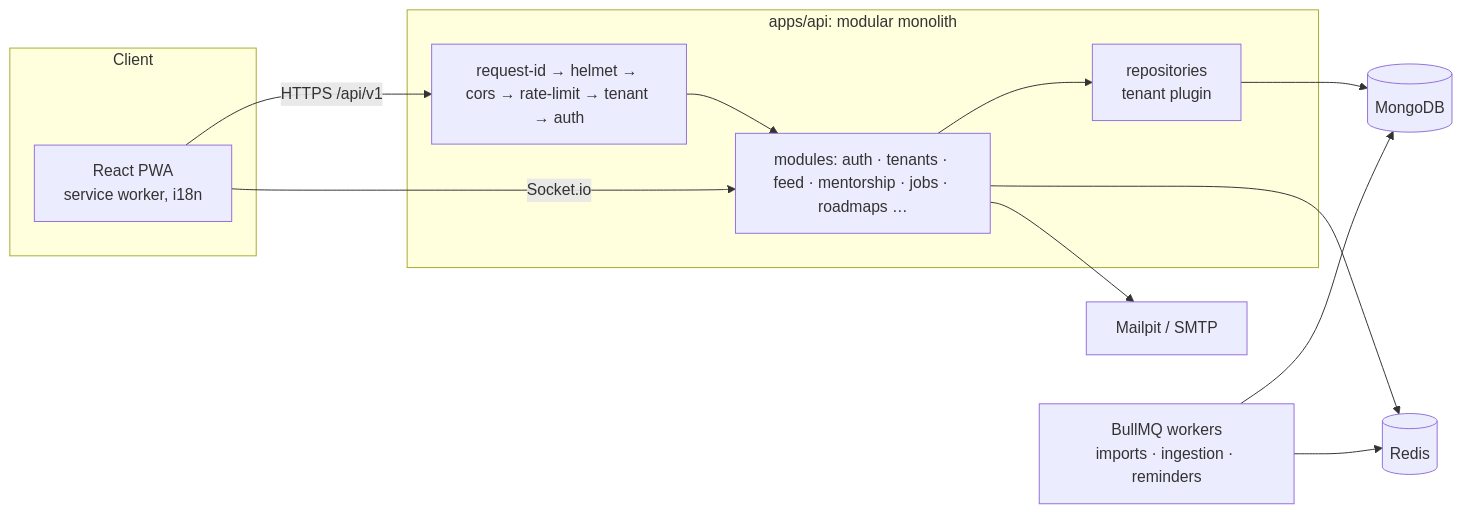
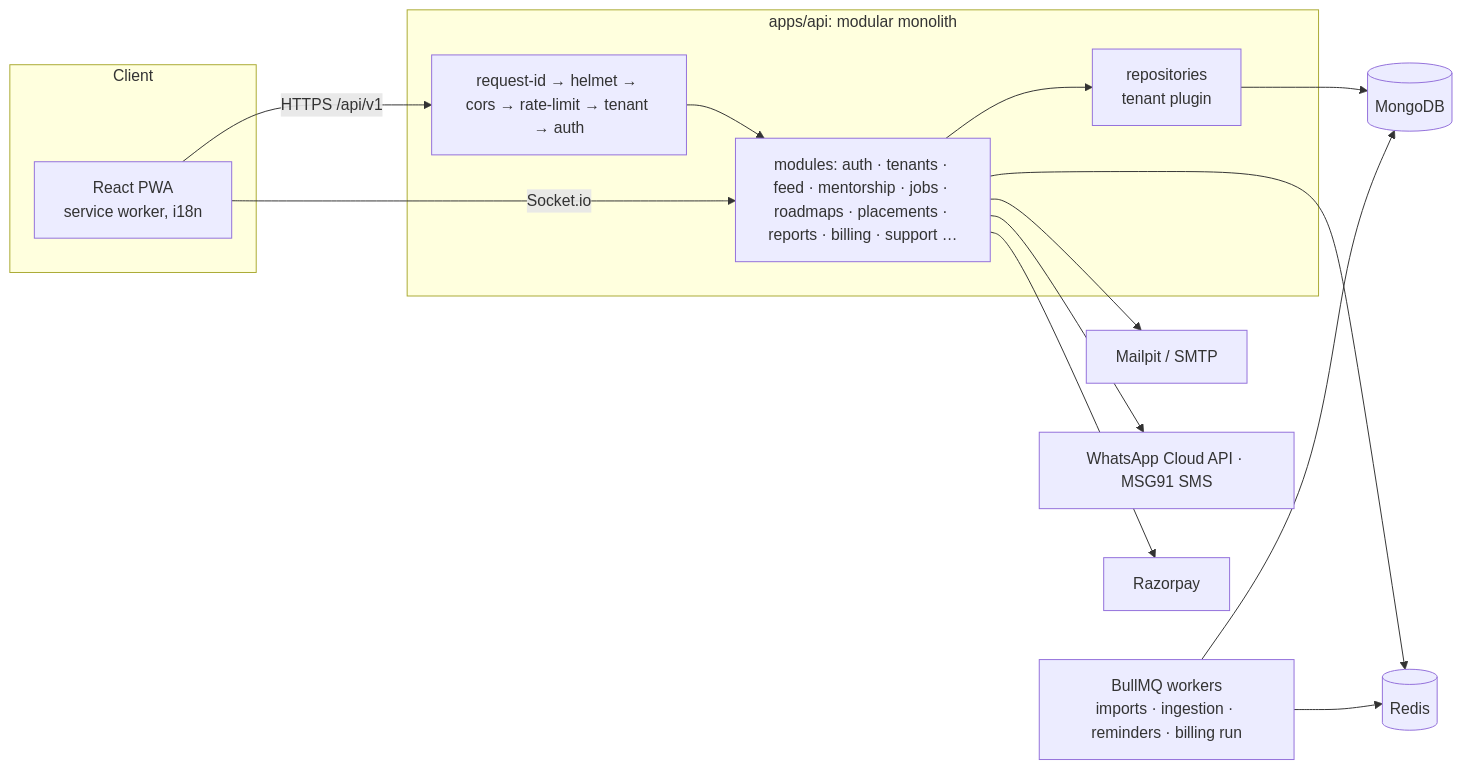
Before and after one commit to Parthu-work/campuslink: the diagram in docs/architecture.md, drawn with Mermaid. The commit also changed other lines of this file and 11 other files, not shown here.

````diff
--- a/docs/architecture.md
+++ b/docs/architecture.md
@@ -5,18 +5,20 @@
 ```mermaid
 flowchart LR
   subgraph Client
     PWA[React PWA<br/>service worker, i18n]
   end
   subgraph API[apps/api: modular monolith]
-    MW[request-id → helmet → cors → rate-limit → tenant → auth] --> MOD[modules: auth · tenants · feed · mentorship · jobs · roadmaps …]
+    MW[request-id → helmet → cors → rate-limit → tenant → auth] --> MOD[modules: auth · tenants · feed · mentorship · jobs · roadmaps · placements · reports · billing · support …]
     MOD --> REPO[repositories<br/>tenant plugin]
   end
-  W[BullMQ workers<br/>imports · ingestion · reminders]
+  W[BullMQ workers<br/>imports · ingestion · reminders · billing run]
   PWA -- HTTPS /api/v1 --> MW
   PWA -- Socket.io --> MOD
   REPO --> M[(MongoDB)]
   MOD --> R[(Redis)]
   W --> M
   W --> R
   MOD --> SMTP[Mailpit / SMTP]
+  MOD --> CH[WhatsApp Cloud API · MSG91 SMS]
+  MOD --> PAY[Razorpay]
 ```
````
